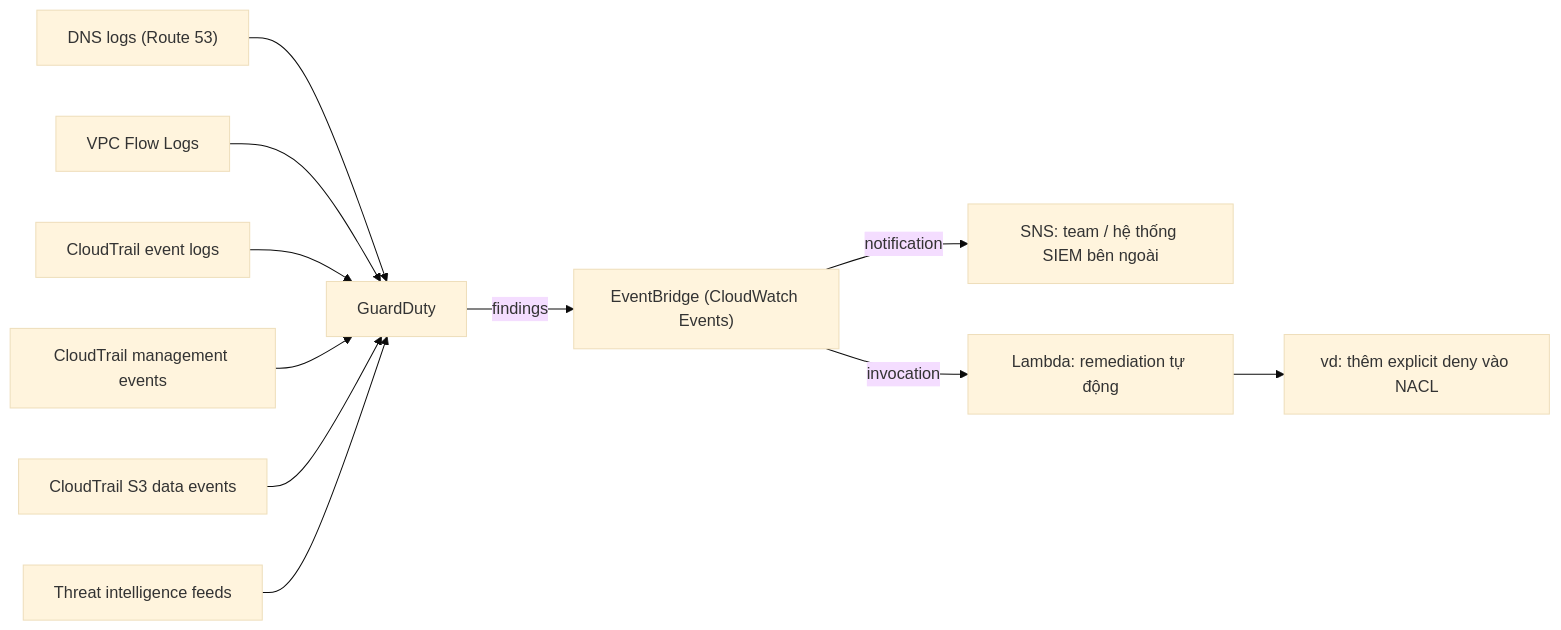
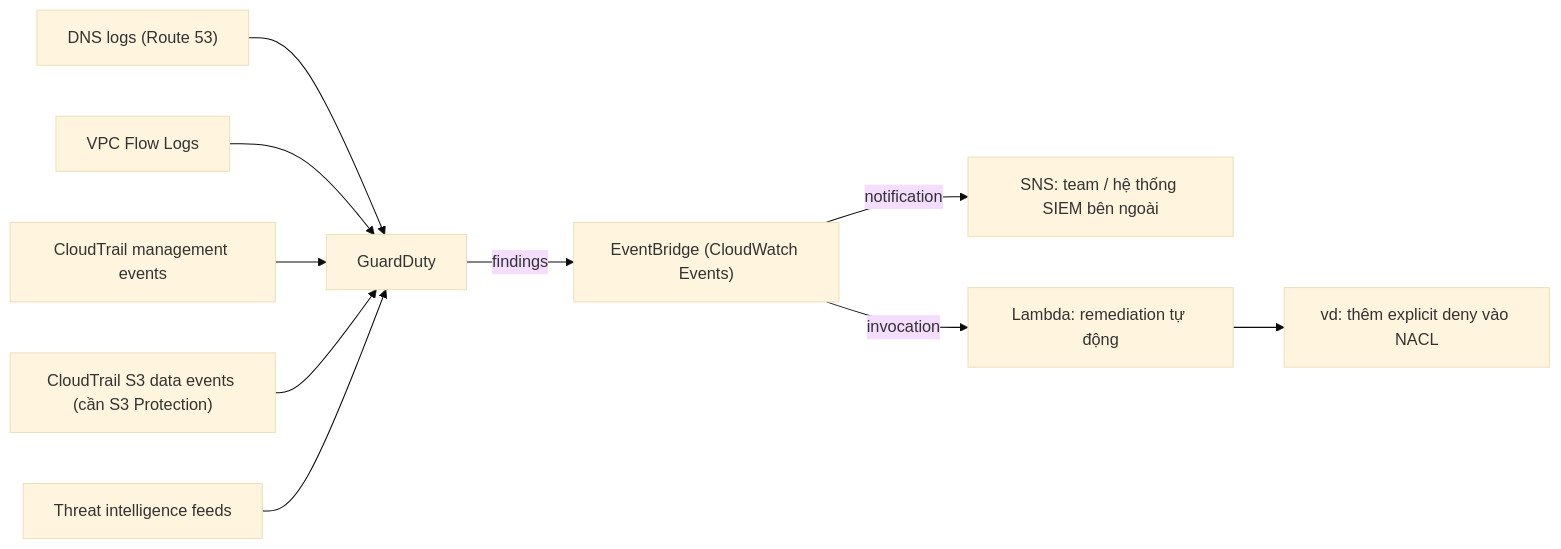
The diagram in data/18 Security Deployment and Operations/GuardDuty.md (hairbui76/aws-saa-c03), drawn with Mermaid (base theme) before and after one commit. The commit also changed other lines of this file and 77 other files, not shown here.

````diff
--- a/data/18 Security Deployment and Operations/GuardDuty.md
+++ b/data/18 Security Deployment and Operations/GuardDuty.md
@@ -37,13 +41,12 @@
 ```mermaid
 flowchart LR
   DNS["DNS logs (Route 53)"] --> GD["GuardDuty"]
   FL["VPC Flow Logs"] --> GD
-  CT["CloudTrail event logs"] --> GD
   CTM["CloudTrail management events"] --> GD
-  CTS["CloudTrail S3 data events"] --> GD
+  CTS["CloudTrail S3 data events (cần S3 Protection)"] --> GD
   TI["Threat intelligence feeds"] --> GD
   GD -->|"findings"| EB["EventBridge (CloudWatch Events)"]
   EB -->|"notification"| SNS["SNS: team / hệ thống SIEM bên ngoài"]
   EB -->|"invocation"| L["Lambda: remediation tự động"]
   L --> NACL["vd: thêm explicit deny vào NACL"]
 ```
````
